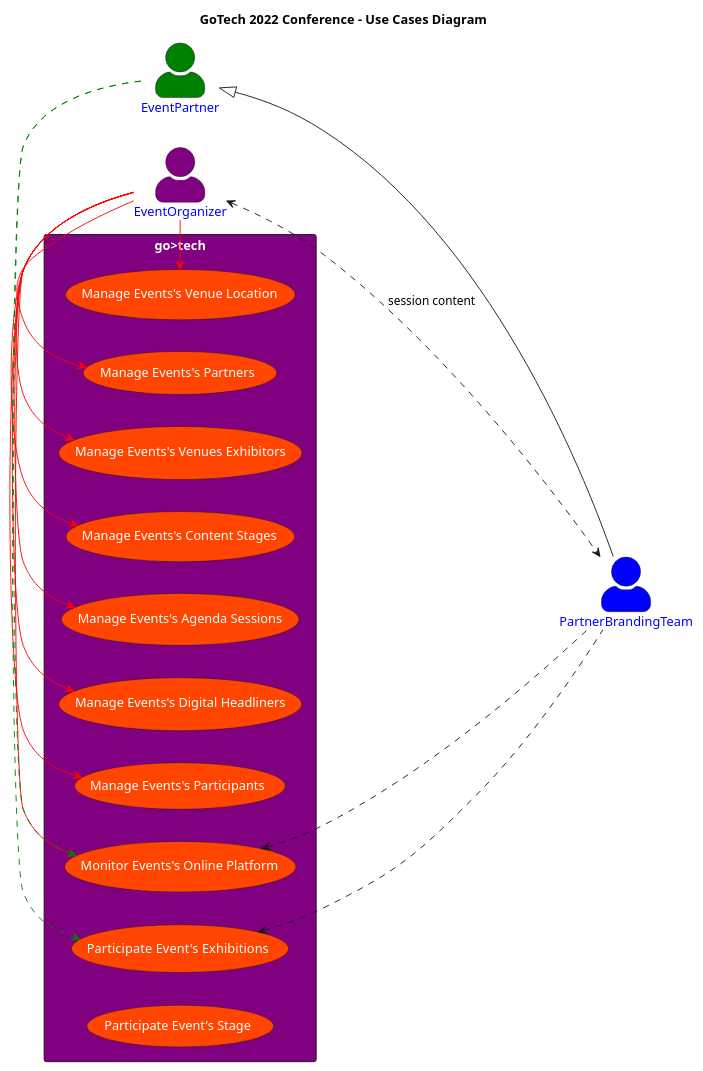
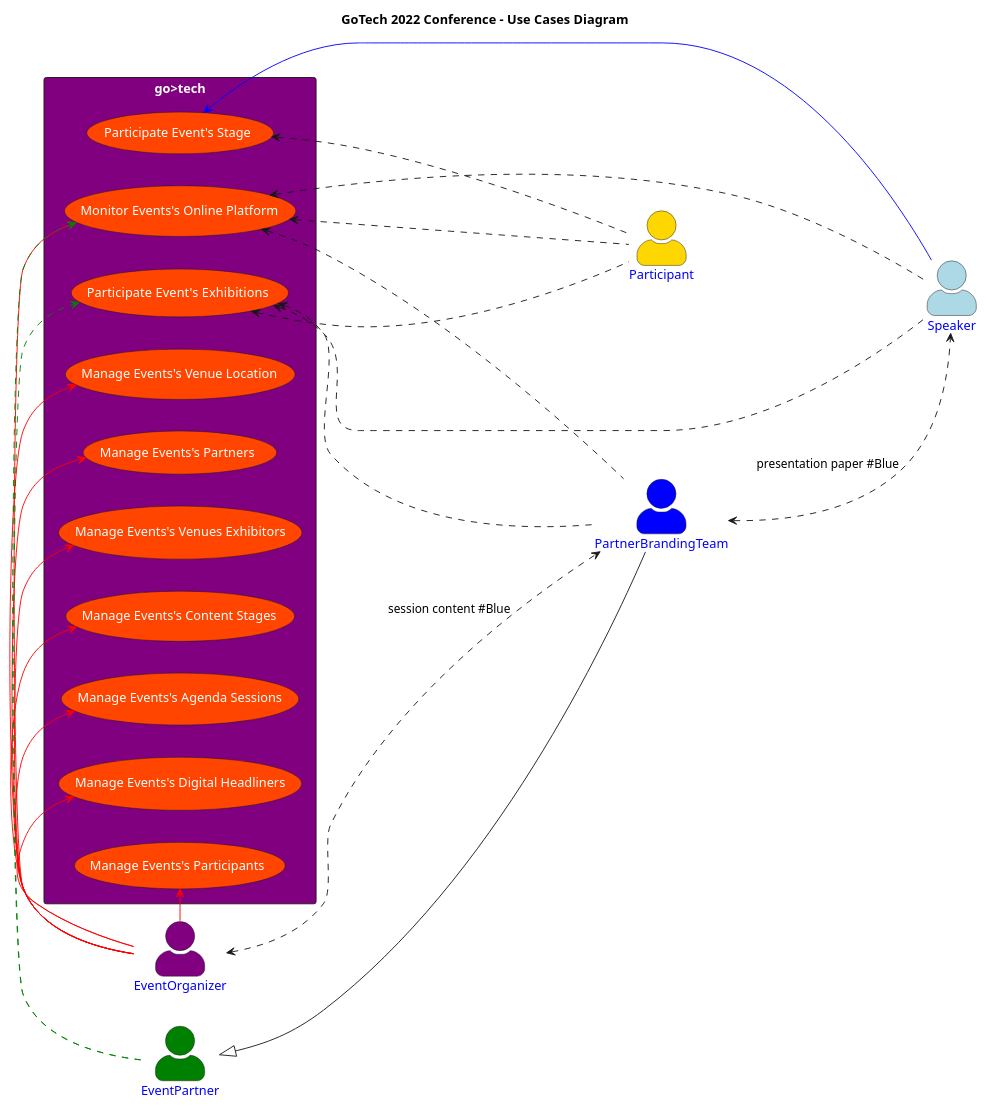
Before and after one commit to antoniealberto/demoCleanArchitecture: the diagram in documentation/gotech_iterative_use_cases_diagram.puml, drawn with PlantUML. The commit also changed 1 other file, not shown here.

```diff
--- a/documentation/gotech_iterative_use_cases_diagram.puml
+++ b/documentation/gotech_iterative_use_cases_diagram.puml
@@ -1,50 +1,57 @@
 @startuml
 
 title GoTech 2022 Conference - Use Cases Diagram
 left to right direction
 skinparam actorStyle awesome
 skinparam actorFontColor blue
 skinparam usecase {
 backgroundColor OrangeRed
 fontColor white
 }
 skinparam rectangle {
 fontColor white
 }
 
 
 :EventOrganizer: as EA #Purple
 :EventPartner: as EP  #Green
 actor PartnerBrandingTeam as EPB #Blue
-
+actor Participant as P #Gold
+actor :Speaker: as S #LightBlue
 
 EPB -up-|> EP
-EA <..> EPB : session content
+EA <..> EPB : session content #Blue
+EPB <..> S : presentation paper #Blue
 
 rectangle "go>tech" as GT #Purple {
 usecase (Manage Events's Venue Location) as ML
 usecase (Manage Events's Partners) as MP
 usecase (Manage Events's Venues Exhibitors) as ME
 usecase (Manage Events's Content Stages) as MS
 usecase (Manage Events's Agenda Sessions) as MA
 usecase (Manage Events's Digital Headliners) as MH
 usecase (Manage Events's Participants) as MV
 usecase (Monitor Events's Online Platform) as MoP
 usecase (Participate Event's  Exhibitions) as PoE
 usecase (Participate Event's Stage) as PoS
 EA -right-> ML #Red
 EA -right-> MP #Red
 EA -right-> ME #Red
 EA -right-> MS #Red
 EA -right-> MA #Red
 EA -right-> MH #Red
 EA -right-> MV #Red
 EA -right-> MoP #Red
 EP .right.> MoP #Green
 EP .right.> PoE #Green
+P ..up..> MoP
+P ..up..> PoE
+P ..up..> PoS
 EPB ..up..> PoE
 EPB ..up..> MoP
-
+S ..left..> MoP
+S -left-> PoS #Blue
+S ..left..> PoE
 }
 
 @enduml
```
